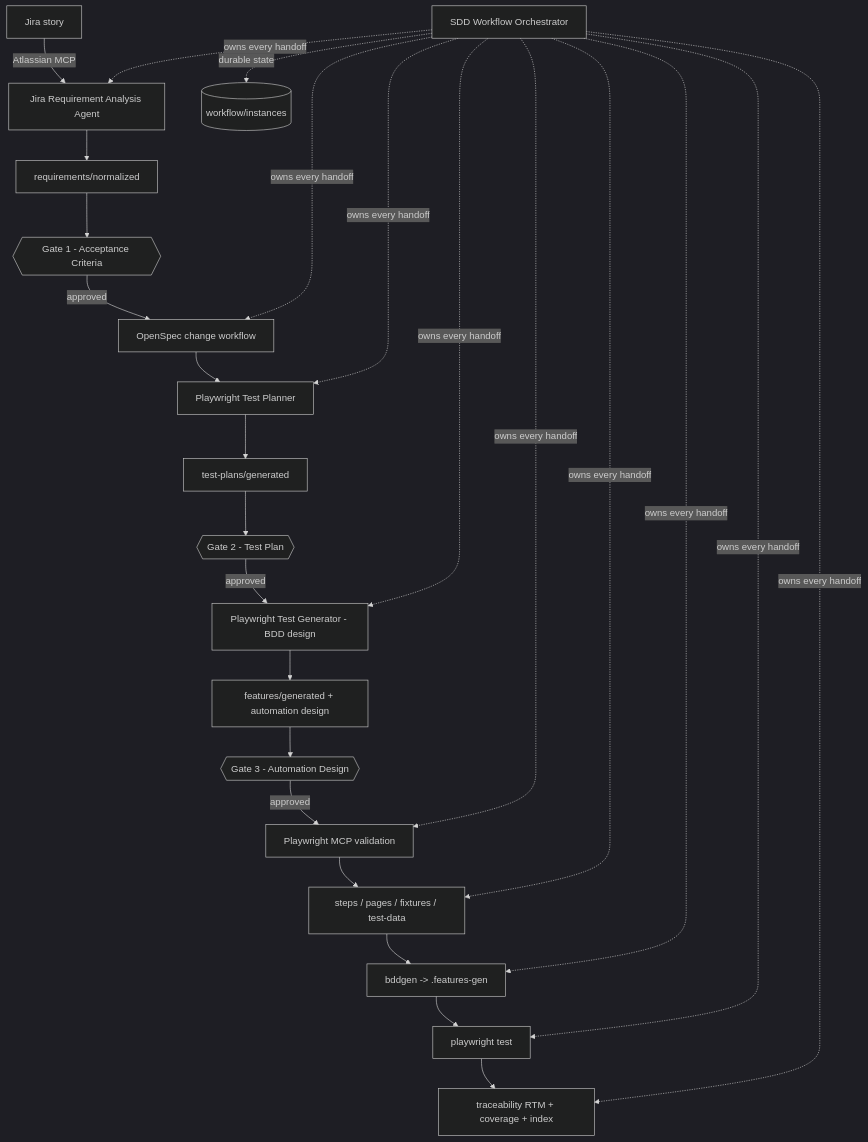
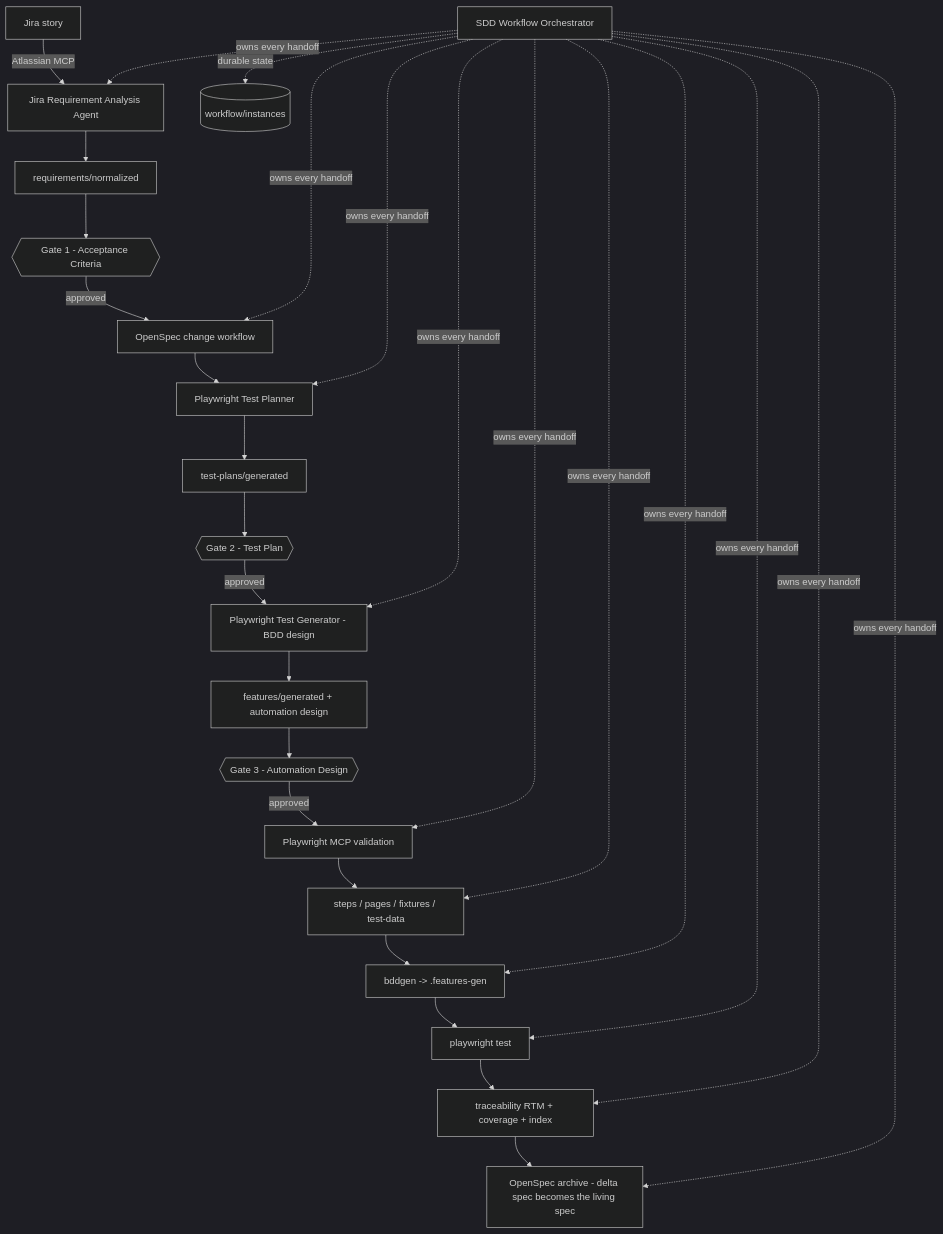
Before and after one commit to Anil3501/eCore_OpenSpec_Poc: the first of 2 diagrams in README.md, drawn with Mermaid (dark theme). The commit also changed other lines of this file and 2 other files, not shown here.

Commit message:
file sequence updated

````diff
--- a/README.md
+++ b/README.md
@@ -18,20 +23,21 @@
 ```mermaid
 flowchart TD
     J[Jira story] -->|Atlassian MCP| RA[Jira Requirement Analysis Agent]
     RA --> RN[requirements/normalized]
     RN --> G1{{Gate 1 - Acceptance Criteria}}
     G1 -->|approved| OS[OpenSpec change workflow]
     OS --> TP[Playwright Test Planner]
     TP --> TPJ[test-plans/generated]
     TPJ --> G2{{Gate 2 - Test Plan}}
     G2 -->|approved| BD[Playwright Test Generator - BDD design]
     BD --> FG[features/generated + automation design]
     FG --> G3{{Gate 3 - Automation Design}}
     G3 -->|approved| PV[Playwright MCP validation]
     PV --> IMPL[steps / pages / fixtures / test-data]
     IMPL --> BDDGEN[bddgen -> .features-gen]
     BDDGEN --> EXEC[playwright test]
     EXEC --> RTM[traceability RTM + coverage + index]
+    RTM --> ARCH[OpenSpec archive - delta spec becomes the living spec]
     ORC[SDD Workflow Orchestrator] -.durable state.-> WF[(workflow/instances)]
-    ORC -.owns every handoff.-> RA & OS & TP & BD & PV & IMPL & BDDGEN & EXEC & RTM
+    ORC -.owns every handoff.-> RA & OS & TP & BD & PV & IMPL & BDDGEN & EXEC & RTM & ARCH
 ```
````
